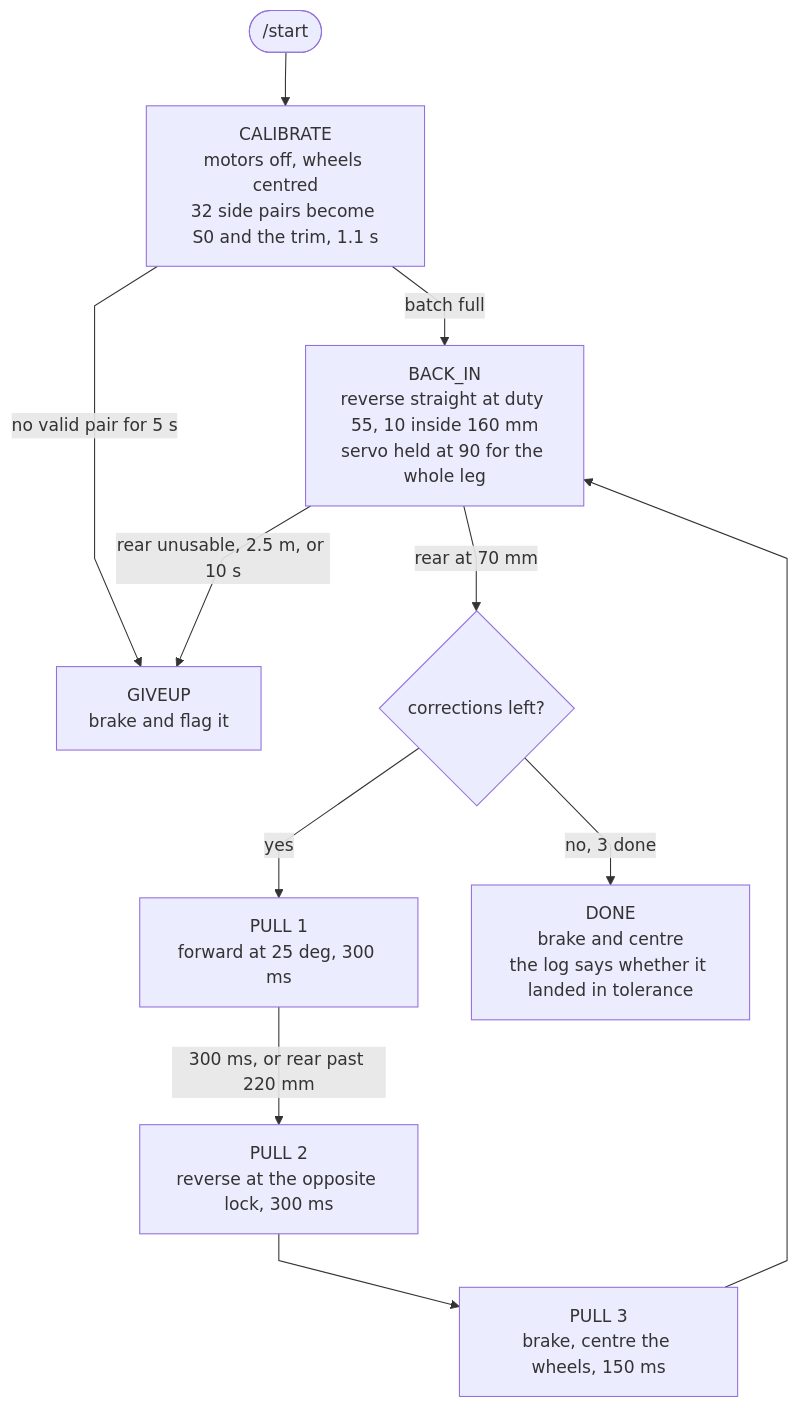
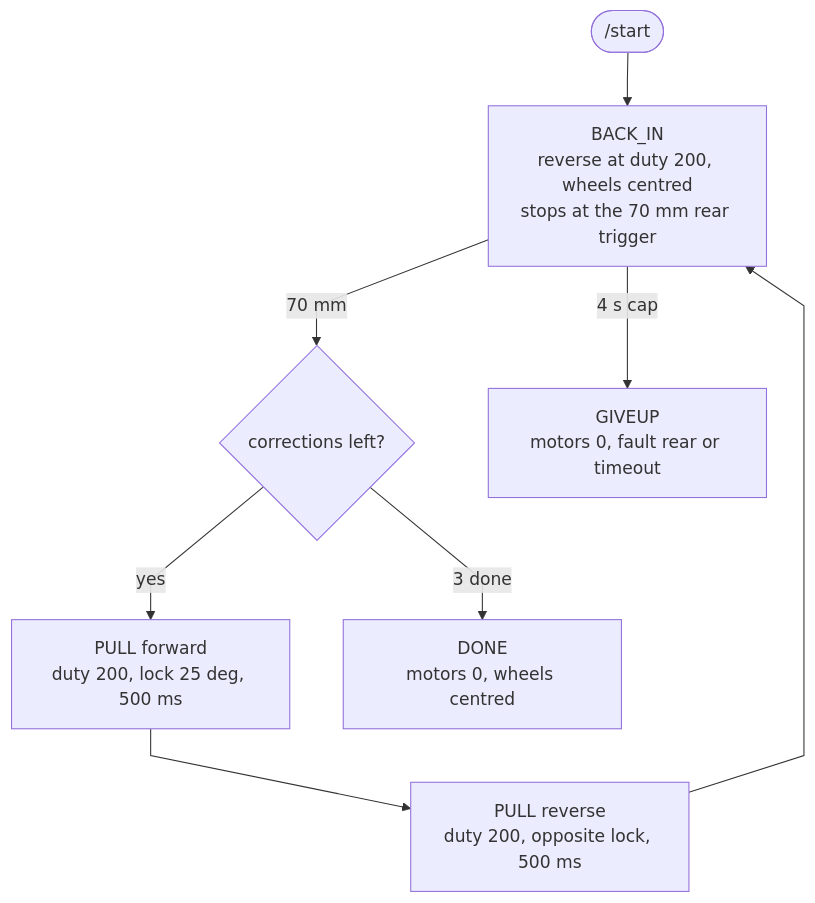
The diagram in README.md (AndrewKHalim/Self-Parking-Car), drawn with Mermaid before and after one commit. The commit also changed other lines of this file and 2 other files, not shown here.

Commit message:
Ship the fixed-duty maneuver and update the docs

````diff
--- a/README.md
+++ b/README.md
@@ -268,14 +268,11 @@
 ```mermaid
 %%{init: {'flowchart': {'curve': 'linear'}}}%%
 flowchart TD
-    start(["/start"]) --> cal["CALIBRATE<br/>motors off, wheels centred<br/>32 side pairs become S0 and the trim, 1.1 s"]
-    cal -->|"batch full"| backin["BACK_IN<br/>reverse straight at duty 55, 10 inside 160 mm<br/>servo held at 90 for the whole leg"]
-    cal -->|"no valid pair for 5 s"| giveup
-    backin -->|"rear at 70 mm"| more{"corrections left?"}
-    more -->|"yes"| pull1["PULL 1<br/>forward at 25 deg, 300 ms"]
-    pull1 -->|"300 ms, or rear past 220 mm"| pull2["PULL 2<br/>reverse at the opposite lock, 300 ms"]
-    pull2 --> pull3["PULL 3<br/>brake, centre the wheels, 150 ms"]
-    pull3 --> backin
-    more -->|"no, 3 done"| done["DONE<br/>brake and centre<br/>the log says whether it landed in tolerance"]
-    backin -->|"rear unusable, 2.5 m, or 10 s"| giveup["GIVEUP<br/>brake and flag it"]
+    start(["/start"]) --> backin["BACK_IN<br/>reverse at duty 200, wheels centred<br/>stops at the 70 mm rear trigger"]
+    backin -->|"70 mm"| more{"corrections left?"}
+    more -->|"yes"| pull1["PULL forward<br/>duty 200, lock 25 deg, 500 ms"]
+    pull1 --> pull2["PULL reverse<br/>duty 200, opposite lock, 500 ms"]
+    pull2 --> backin
+    more -->|"3 done"| done["DONE<br/>motors 0, wheels centred"]
+    backin -->|"4 s cap"| giveup["GIVEUP<br/>motors 0, fault rear or timeout"]
 ```
````
